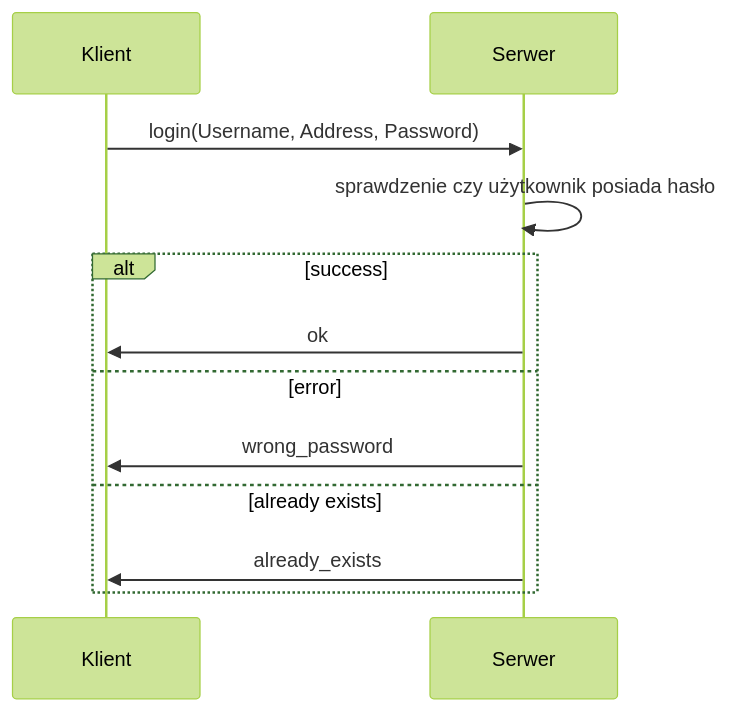
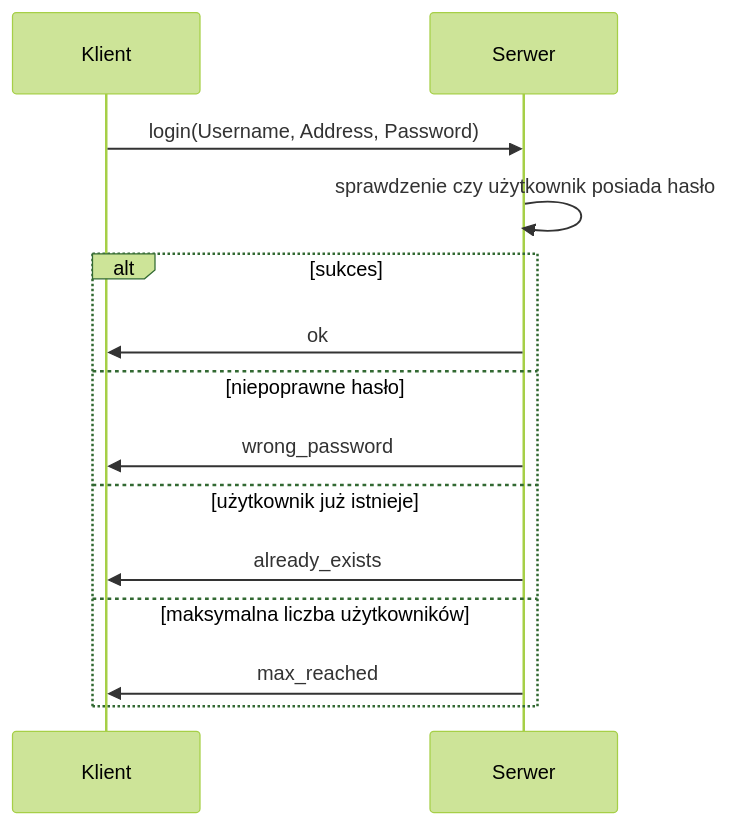
The first of 7 diagrams in doc/protocol.md (ZbiStr/communicator), drawn with Mermaid (forest theme) before and after one commit. The commit also changed other lines of this file, not shown here.

````diff
--- a/doc/protocol.md
+++ b/doc/protocol.md
@@ -15,12 +15,14 @@
 ```mermaid
 sequenceDiagram
 Klient ->> Serwer: login(Username, Address, Password)
 Serwer ->> Serwer: sprawdzenie czy użytkownik posiada hasło
-alt success
+alt sukces
 Serwer ->> Klient: ok
-else error
+else niepoprawne hasło
 Serwer ->> Klient: wrong_password
-else already exists
+else użytkownik już istnieje
 Serwer ->> Klient: already_exists
+else maksymalna liczba użytkowników
+Serwer ->> Klient: max_reached
 end
 ```
````
